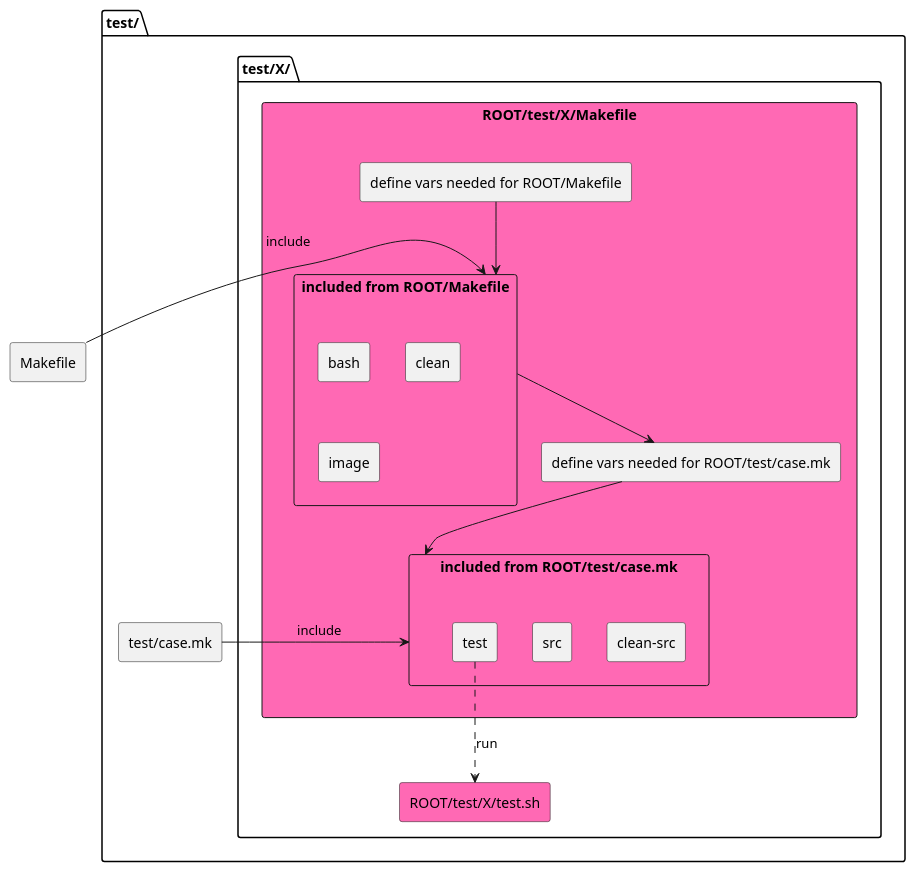
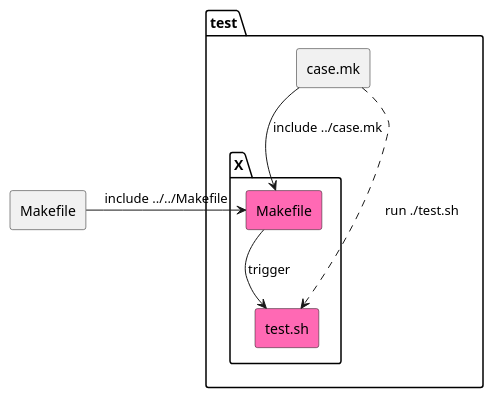
The diagram in test/README.md (nathirkasim/omnistack-platform), drawn with PlantUML before and after one commit. The commit also changed other lines of this file, not shown here.

Commit message:
chore: Reduce test setup diagram

````diff
--- a/test/README.md
+++ b/test/README.md
@@ -33,45 +34,24 @@
 ```plantuml
 @startuml
 'skinparam linetype ortho
 '!pragma horizontalLineBetweenDifferentPackageAllowed
 
 rectangle makefile as "Makefile"
 
-folder test as "test/" {
-  rectangle case as "test/case.mk"
+folder test as "test" {
+  rectangle case as "case.mk"
 
-  folder test_x as "test/X/" {
-    rectangle test_x_testsh as "ROOT/test/X/test.sh" #hotpink
+  folder test_x as "X" {
+    rectangle test_x_testsh as "test.sh" #hotpink
 
-    rectangle test_x_Makefile as "ROOT/test/X/Makefile" #hotpink {
-
-      rectangle rootvars as "define vars needed for ROOT/Makefile"
-
-      rectangle rootimport as "included from ROOT/Makefile" {
-        rectangle casebash as "bash"
-        rectangle caseclean as "clean"
-        rectangle caseimage as "image"
-      }
-
-      rectangle casevars as "define vars needed for ROOT/test/case.mk"
-
-      rectangle caseimport as "included from ROOT/test/case.mk" {
-        rectangle casecleansrc as "clean-src"
-        rectangle casesrc as "src"
-        rectangle casetest as "test"
-      }
-
-      rootvars --> rootimport
-      rootimport --> casevars
-      casevars --> caseimport
-    }
+    rectangle test_x_Makefile as "Makefile" #hotpink
   }
 }
 
-makefile -> rootimport : include
-case -> caseimport : include
-
-casetest ..> test_x_testsh : run
+makefile -right-> test_x_Makefile : include ../../Makefile
+case --> test_x_Makefile : include ../case.mk
+test_x_Makefile --> test_x_testsh : trigger
+case ..> test_x_testsh : run ./test.sh
 
 @enduml
 ```
````
